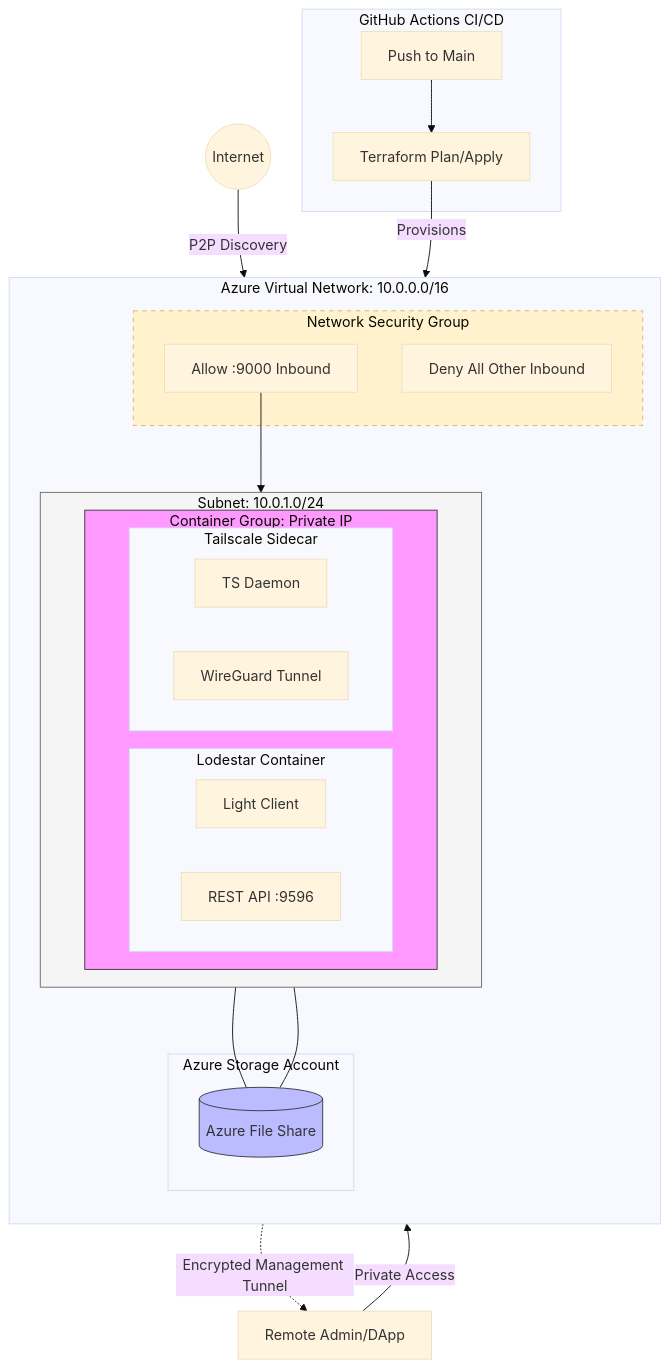
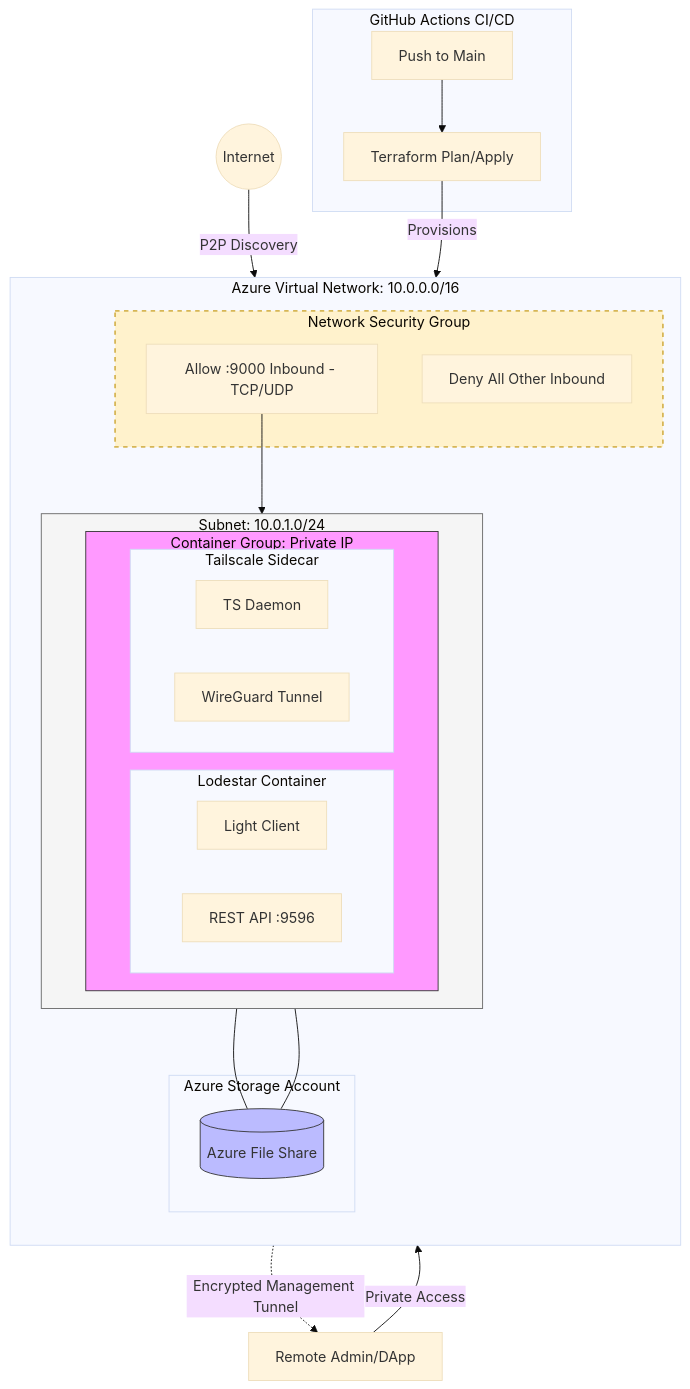
Before and after one commit to vfr750y/Cost-Optimized-Ethereum-Node-On-Azure: the diagram in LowLevelDesign.md, drawn with Mermaid (base theme).

Commit message:
edit LLD

````diff
--- a/LowLevelDesign.md
+++ b/LowLevelDesign.md
@@ -31,54 +31,57 @@
 ```mermaid
 graph TD
     subgraph GitHub_Actions [GitHub Actions CI/CD]
         A[Push to Main] --> B[Terraform Plan/Apply]
     end
 
     subgraph Azure_VNet [Azure Virtual Network: 10.0.0.0/16]
         direction TB
         
+        %% --- NSG ADDED HERE ---
         subgraph NSG [Network Security Group]
-            R1[Allow :9000 Inbound]
+            R1[Allow :9000 Inbound - TCP/UDP]
             R2[Deny All Other Inbound]
         end
 
         subgraph Subnet [Subnet: 10.0.1.0/24]
             direction LR
             
             subgraph ACI_Group [Container Group: Private IP]
                 subgraph Lodestar [Lodestar Container]
                     L1[Light Client]
                     L2[REST API :9596]
                 end
 
                 subgraph Tailscale [Tailscale Sidecar]
                     T1[TS Daemon]
                     T2[WireGuard Tunnel]
                 end
             end
         end
 
         subgraph Storage [Azure Storage Account]
             SA[(Azure File Share)]
         end
     end
 
     %% Connections
     B -- Provisions --> Azure_VNet
     Lodestar --- SA
     Tailscale --- SA
     
     %% Networking Logic
+    %% All public internet traffic now flows *through* the NSG rules
     Internet((Internet)) -- "P2P Discovery" --> R1
     R1 --> L1
     
+    %% The management tunnel is isolated by Tailscale
     T2 -. "Encrypted Management Tunnel" .-> Remote_User[Remote Admin/DApp]
     Remote_User -- "Private Access" --> L2
 
     %% Styling
-    style NSG fill:#fff2cc,stroke:#d6b656,stroke-dasharray: 5 5
+    style NSG fill:#fff2cc,stroke:#d6b656,stroke-width:2px,stroke-dasharray: 5 5
     style ACI_Group fill:#f9f,stroke:#333
     style SA fill:#bbf,stroke:#333
     style Subnet fill:#f5f5f5,stroke:#666
   
   ```
````
